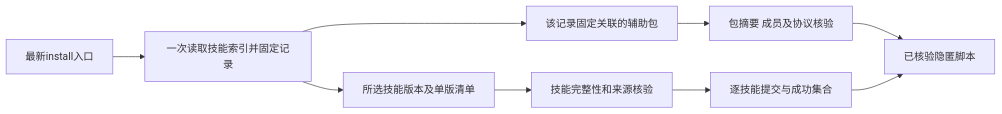
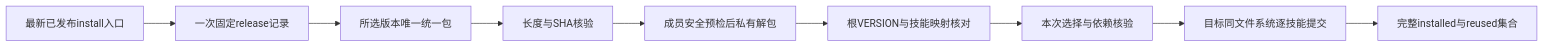
One commit to Ena-Heleneto/agent-foundry changed the first of 15 diagrams in specs/skills/001-skills-distribution/diagrams.md. Above: the diagram before and after it, drawn with Mermaid. The commit also changed other lines of this file and 52 other files, not shown here.

````diff
--- a/specs/skills/001-skills-distribution/diagrams.md
+++ b/specs/skills/001-skills-distribution/diagrams.md
@@ -7,11 +7,11 @@
 ```mermaid
 flowchart LR
-    A[最新install入口] --> B[一次读取技能索引并固定记录]
-    B --> C[所选技能版本及单版清单]
-    B --> D[该记录固定关联的辅助包]
-    C --> E[技能完整性和来源核验]
-    D --> F[包摘要 成员及协议核验]
-    F --> G[已核验隐匿脚本]
-    E --> H[逐技能提交与成功集合]
-    H --> G
+    A[最新已发布install入口] --> B[一次固定release记录]
+    B --> C[所选版本唯一统一包]
+    C --> D[长度与SHA核验]
+    D --> E[成员安全预检后私有解包]
+    E --> F[根VERSION与技能映射核对]
+    F --> G[本次选择与依赖核验]
+    G --> H[目标同文件系统逐技能提交]
+    H --> I[完整installed与reused集合]
 ```
````
